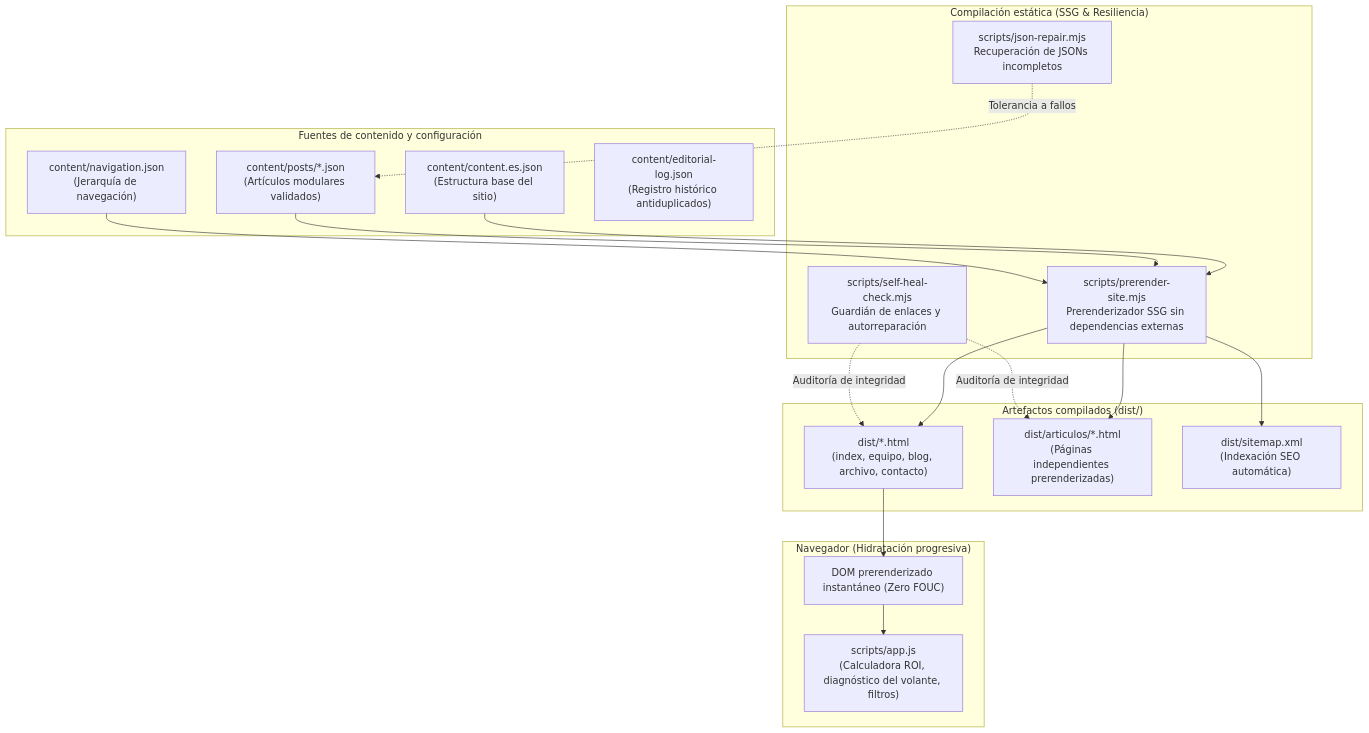
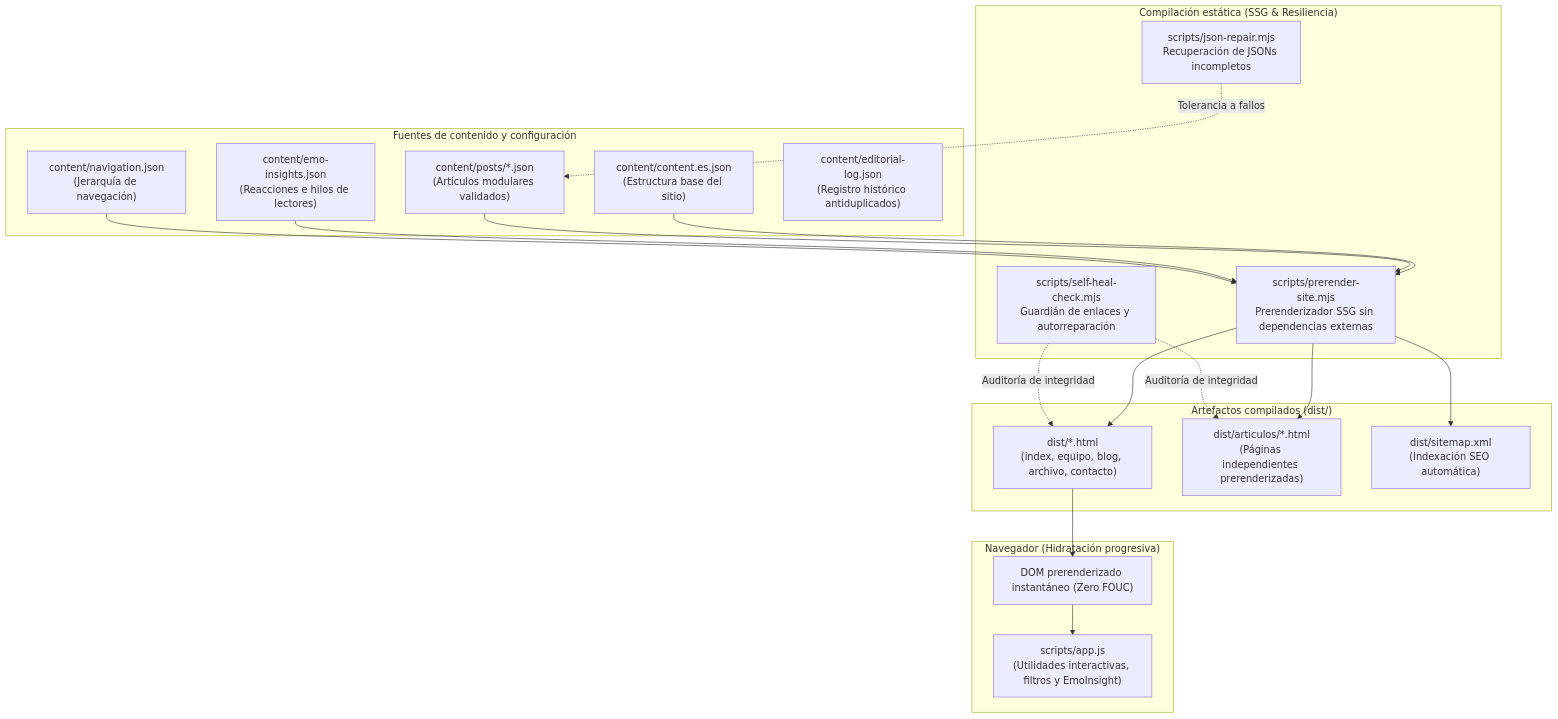
Before and after one commit to aievolutio-com/aievolutio.com: the first of 2 diagrams in docs/architecture.md, drawn with Mermaid. The commit also changed other lines of this file and 15 other files, not shown here.

Commit message:
chore(governance): reforzar constitución AGENTS.md, instrucciones vinculantes, bloqueo CI y roadmap Horizonte 0

````diff
--- a/docs/architecture.md
+++ b/docs/architecture.md
@@ -7,33 +7,34 @@
 ```mermaid
 flowchart TD
   subgraph Fuente["Fuentes de contenido y configuración"]
     C["content/content.es.json<br>(Estructura base del sitio)"]
     P["content/posts/*.json<br>(Artículos modulares validados)"]
+    E["content/emo-insights.json<br>(Reacciones e hilos de lectores)"]
     N["content/navigation.json<br>(Jerarquía de navegación)"]
     L["content/editorial-log.json<br>(Registro histórico antiduplicados)"]
   end
 
   subgraph Motor["Compilación estática (SSG & Resiliencia)"]
     SSG["scripts/prerender-site.mjs<br>Prerenderizador SSG sin dependencias externas"]
     SEC["scripts/self-heal-check.mjs<br>Guardián de enlaces y autorreparación"]
     JSONREP["scripts/json-repair.mjs<br>Recuperación de JSONs incompletos"]
   end
 
   subgraph Salida["Artefactos compilados (dist/)"]
     HTML["dist/*.html<br>(index, equipo, blog, archivo, contacto)"]
     ARTS["dist/articulos/*.html<br>(Páginas independientes prerenderizadas)"]
     MAP["dist/sitemap.xml<br>(Indexación SEO automática)"]
   end
 
   subgraph Cliente["Navegador (Hidratación progresiva)"]
     DOM["DOM prerenderizado instantáneo (Zero FOUC)"]
-    APP["scripts/app.js<br>(Calculadora ROI, diagnóstico del volante, filtros)"]
+    APP["scripts/app.js<br>(Utilidades interactivas, filtros y EmoInsight)"]
   end
 
-  C & P & N --> SSG
+  C & P & E & N --> SSG
   SSG --> HTML & ARTS & MAP
   HTML --> DOM
   DOM --> APP
   SEC -. "Auditoría de integridad" .-> HTML & ARTS
   JSONREP -. "Tolerancia a fallos" .-> P
 ```
````
